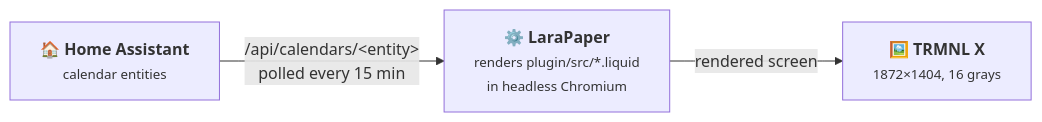
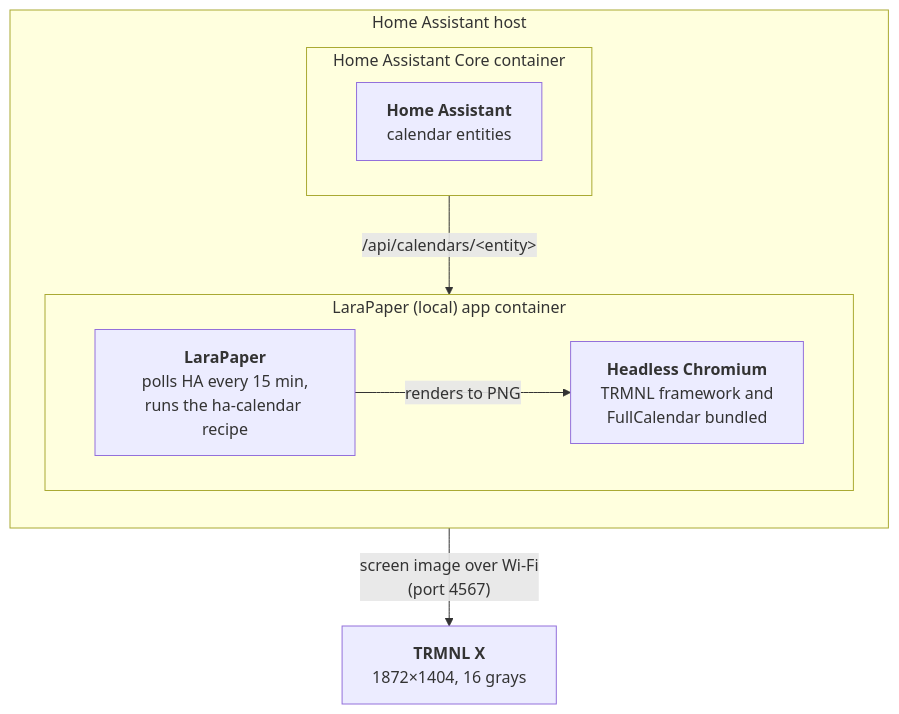
One commit to BartSchuurmans/trmnl-homeassistant-calendar changed the diagram in README.md. Above: the diagram before and after it, drawn with Mermaid. The commit also changed other lines of this file, not shown here.

Commit message:
README: vertical diagram showing what runs where
Claude-Session: https://claude.ai/code/session_01N2ef82MDAbit3oKoXo9MMY

````diff
--- a/README.md
+++ b/README.md
@@ -11,8 +11,17 @@
 ```mermaid
-flowchart LR
-    HA["🏠 <b>Home Assistant</b><br><small>calendar entities</small>"]
-    LP["⚙️ <b>LaraPaper</b><br><small>renders plugin/src/*.liquid<br>in headless Chromium</small>"]
-    X["🖼️ <b>TRMNL X</b><br><small>1872×1404, 16 grays</small>"]
-    HA -- "/api/calendars/&lt;entity&gt;<br>polled every 15 min" --> LP
-    LP -- "rendered screen" --> X
+flowchart TB
+    subgraph host["Home Assistant host"]
+        direction TB
+        subgraph core["Home Assistant Core container"]
+            HA["<b>Home Assistant</b><br>calendar entities"]
+        end
+        subgraph app["LaraPaper (local) app container"]
+            LP["<b>LaraPaper</b><br>polls HA every 15 min,<br>runs the ha-calendar recipe"]
+            CR["<b>Headless Chromium</b><br>TRMNL framework and<br>FullCalendar bundled"]
+            LP -- "renders to PNG" --> CR
+        end
+        core -- "/api/calendars/&lt;entity&gt;" --> app
+    end
+    X["<b>TRMNL X</b><br>1872×1404, 16 grays"]
+    app -- "screen image over Wi-Fi<br>(port 4567)" --> X
 ```
````
